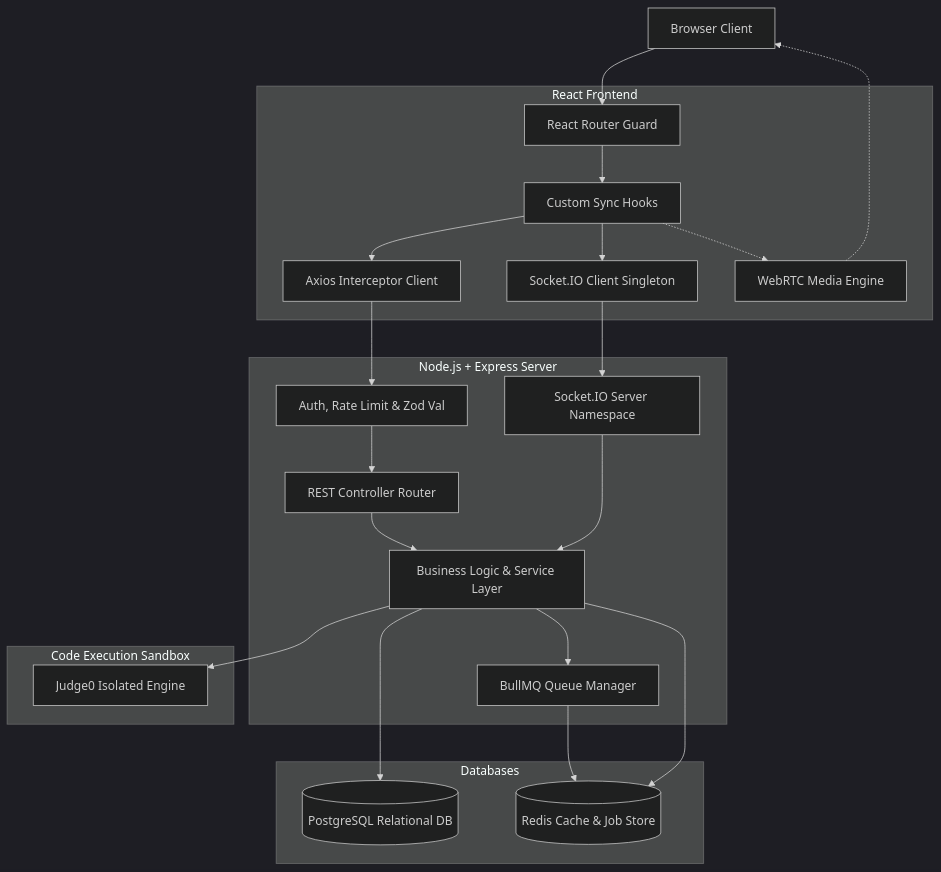
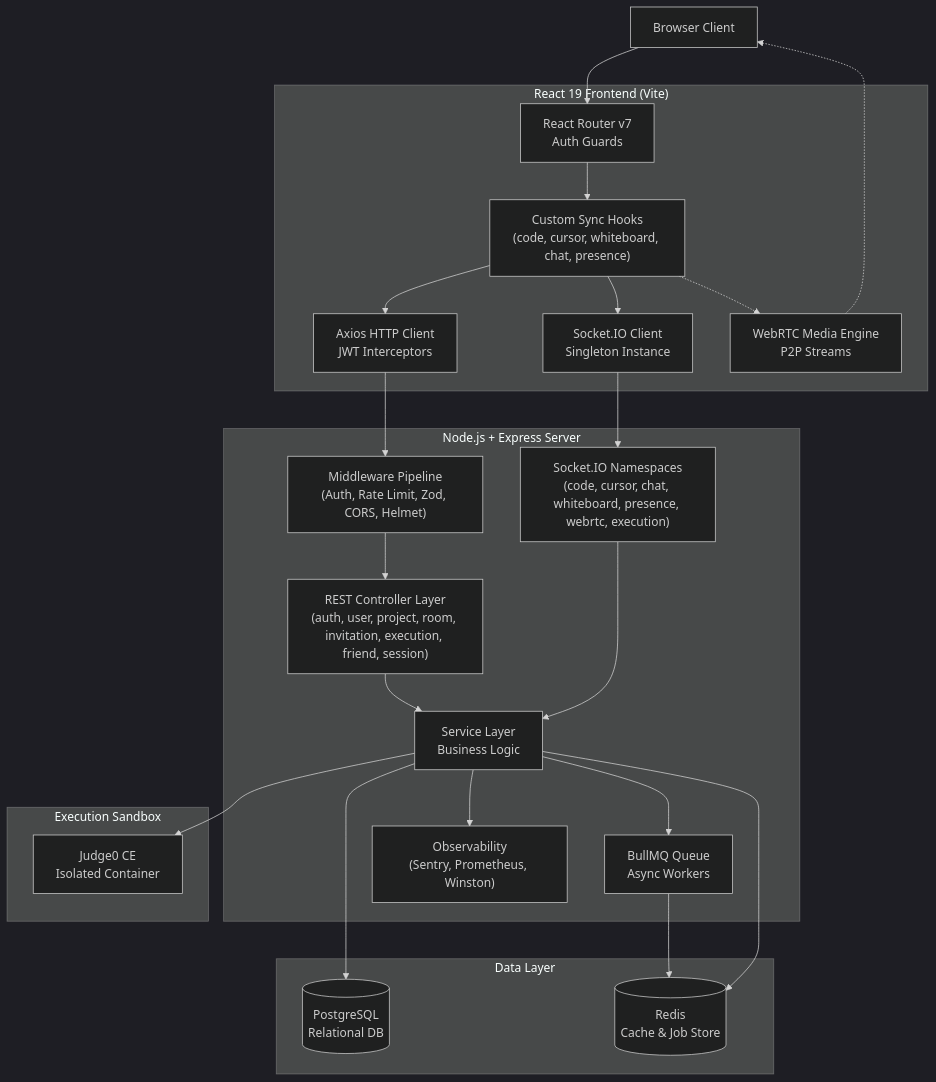
The first of 7 diagrams in ARCHITECTURE.md (Pratyush2240/CodeCall), drawn with Mermaid (dark theme) before and after one commit. The commit also changed other lines of this file and 1 other file, not shown here.

Commit message:
docs: Update README and ARCHITECTURE with latest features and professional structure

````diff
--- a/ARCHITECTURE.md
+++ b/ARCHITECTURE.md
@@ -11,49 +11,52 @@
 ```mermaid
 graph TD
-    Client[Browser Client]
-    
-    subgraph Frontend [React Frontend]
-        Router[React Router Guard]
-        Hooks[Custom Sync Hooks]
-        API[Axios Interceptor Client]
-        Sockets[Socket.IO Client Singleton]
-        WebRTC[WebRTC Media Engine]
+    Client["Browser Client"]
+
+    subgraph Frontend ["React 19 Frontend (Vite)"]
+        Router["React Router v7<br/>Auth Guards"]
+        Hooks["Custom Sync Hooks<br/>(code, cursor, whiteboard, chat, presence)"]
+        API["Axios HTTP Client<br/>JWT Interceptors"]
+        Sockets["Socket.IO Client<br/>Singleton Instance"]
+        WebRTC["WebRTC Media Engine<br/>P2P Streams"]
     end
 
-    subgraph Backend [Node.js + Express Server]
-        API_Layer[REST Controller Router]
-        Socket_Layer[Socket.IO Server Namespace]
-        Middleware[Auth, Rate Limit & Zod Val]
-        Services[Business Logic & Service Layer]
-        Jobs[BullMQ Queue Manager]
+    subgraph Backend ["Node.js + Express Server"]
+        Middleware["Middleware Pipeline<br/>(Auth, Rate Limit, Zod, CORS, Helmet)"]
+        API_Layer["REST Controller Layer<br/>(auth, user, project, room, invitation, execution, friend, session)"]
+        Socket_Layer["Socket.IO Namespaces<br/>(code, cursor, chat, whiteboard, presence, webrtc, execution)"]
+        Services["Service Layer<br/>Business Logic"]
+        Jobs["BullMQ Queue<br/>Async Workers"]
+        Observability["Observability<br/>(Sentry, Prometheus, Winston)"]
     end
 
-    subgraph Storage [Databases]
-        Postgres[(PostgreSQL Relational DB)]
-        Redis[(Redis Cache & Job Store)]
+    subgraph Storage ["Data Layer"]
+        Postgres[("PostgreSQL<br/>Relational DB")]
+        Redis[("Redis<br/>Cache & Job Store")]
     end
 
-    subgraph Sandbox [Code Execution Sandbox]
-        Judge0[Judge0 Isolated Engine]
+    subgraph Sandbox ["Execution Sandbox"]
+        Judge0["Judge0 CE<br/>Isolated Container"]
     end
 
     Client --> Router
     Router --> Hooks
     Hooks --> API
     Hooks --> Sockets
     Hooks -.-> WebRTC
     WebRTC -.-> Client
 
     API --> Middleware
     Middleware --> API_Layer
     API_Layer --> Services
     Services --> Postgres
-    
+
     Sockets --> Socket_Layer
     Socket_Layer --> Services
-    
+
     Services --> Jobs
     Jobs --> Redis
     Services --> Judge0
     Services --> Redis
+
+    Services --> Observability
 ```
````
